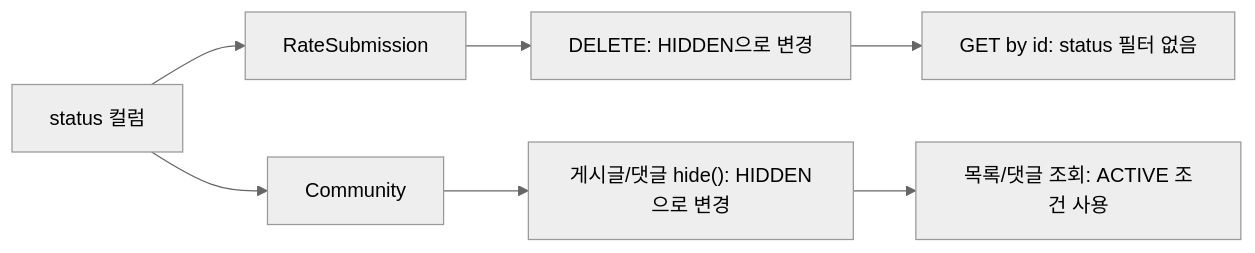
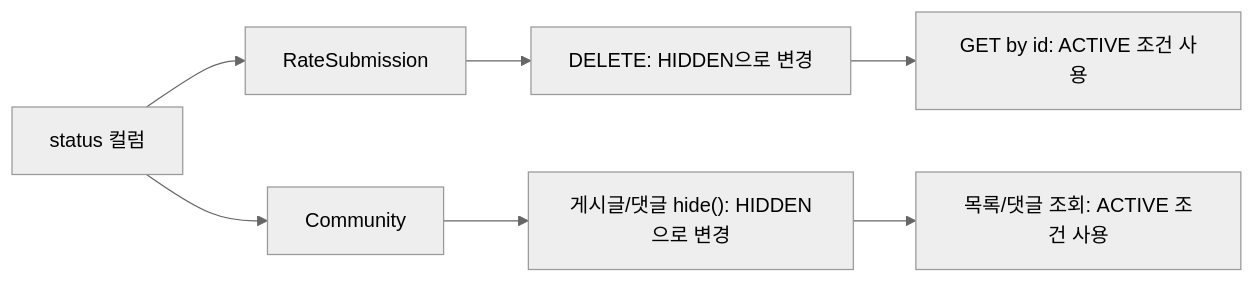
The second of 2 diagrams in docs/development/data-model.md (Olma-Web/OLma-Docs), drawn with Mermaid (neutral theme) before and after one commit. The commit also changed other lines of this file and 3 other files, not shown here.

````diff
--- a/docs/development/data-model.md
+++ b/docs/development/data-model.md
@@ -138,9 +138,9 @@
 ```mermaid
 flowchart LR
   status["status 컬럼"] --> rate["RateSubmission"]
   status --> community["Community"]
   rate --> rateDelete["DELETE: HIDDEN으로 변경"]
-  rateDelete --> rateGet["GET by id: status 필터 없음"]
+  rateDelete --> rateGet["GET by id: ACTIVE 조건 사용"]
   community --> communityHide["게시글/댓글 hide(): HIDDEN으로 변경"]
   communityHide --> communityQuery["목록/댓글 조회: ACTIVE 조건 사용"]
 ```
````
